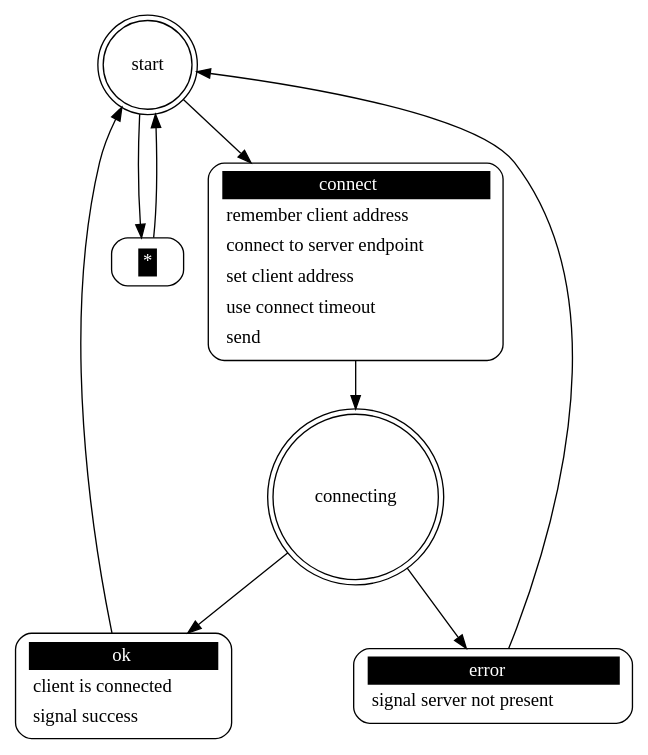
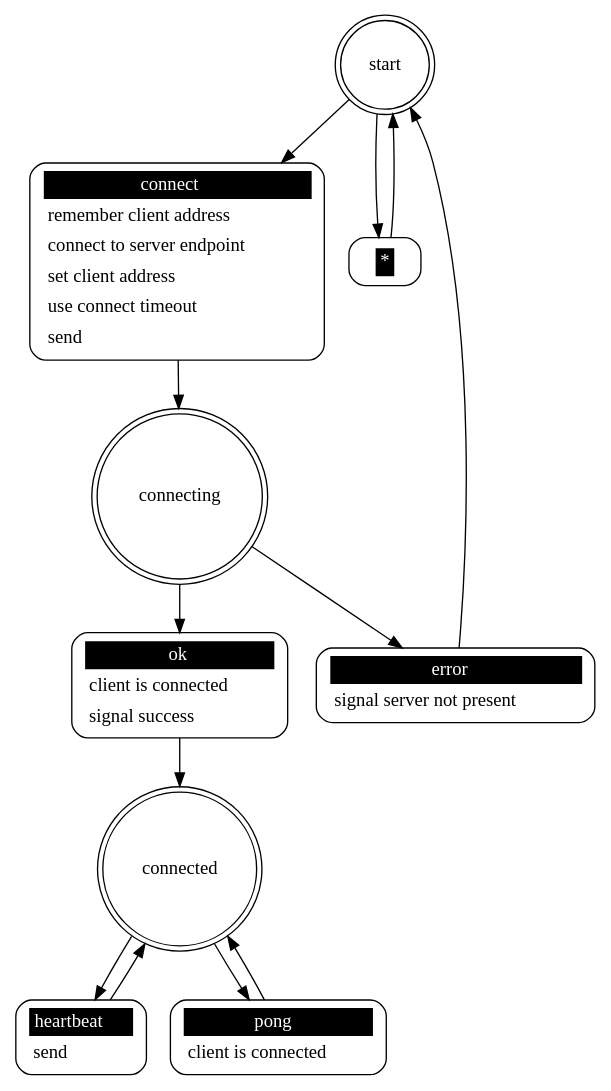
Before and after one commit to eaton-bob/joex: the diagram in src/joex_client.dot, drawn with Graphviz. The commit also changed 3 other files, not shown here.

```diff
--- a/src/joex_client.dot
+++ b/src/joex_client.dot
@@ -1,19 +1,27 @@
 ## Automatically generated from joex_client.xml by gsl
 digraph "joex_client" {
 
  "start" [shape = "doublecircle"];
  "start connect" [shape = "Mrecord" style = solid label = <<table border="0" cellborder="0" cellpadding="3" bgcolor="white"><tr><td bgcolor="black" align="center" colspan="2"><font color="white">connect</font></td></tr><tr><td align="left" port="r3">remember client address</td></tr><tr><td align="left" port="r3">connect to server endpoint</td></tr><tr><td align="left" port="r3">set client address</td></tr><tr><td align="left" port="r3">use connect timeout</td></tr><tr><td align="left" port="r3">send</td></tr></table>>];
  "start" -> "start connect";
  "start connect" -> "connecting";
  "start *" [shape = "Mrecord" style = solid label = <<table border="0" cellborder="0" cellpadding="3" bgcolor="white"><tr><td bgcolor="black" align="center" colspan="2"><font color="white">*</font></td></tr></table>>];
  "start" -> "start *";
  "start *" -> "start";
 
  "connecting" [shape = "doublecircle"];
  "connecting ok" [shape = "Mrecord" style = solid label = <<table border="0" cellborder="0" cellpadding="3" bgcolor="white"><tr><td bgcolor="black" align="center" colspan="2"><font color="white">ok</font></td></tr><tr><td align="left" port="r3">client is connected</td></tr><tr><td align="left" port="r3">signal success</td></tr></table>>];
  "connecting" -> "connecting ok";
- "connecting ok" -> "start";
+ "connecting ok" -> "connected";
  "connecting error" [shape = "Mrecord" style = solid label = <<table border="0" cellborder="0" cellpadding="3" bgcolor="white"><tr><td bgcolor="black" align="center" colspan="2"><font color="white">error</font></td></tr><tr><td align="left" port="r3">signal server not present</td></tr></table>>];
  "connecting" -> "connecting error";
  "connecting error" -> "start";
+
+ "connected" [shape = "doublecircle"];
+ "connected heartbeat" [shape = "Mrecord" style = solid label = <<table border="0" cellborder="0" cellpadding="3" bgcolor="white"><tr><td bgcolor="black" align="center" colspan="2"><font color="white">heartbeat</font></td></tr><tr><td align="left" port="r3">send</td></tr></table>>];
+ "connected" -> "connected heartbeat";
+ "connected heartbeat" -> "connected";
+ "connected pong" [shape = "Mrecord" style = solid label = <<table border="0" cellborder="0" cellpadding="3" bgcolor="white"><tr><td bgcolor="black" align="center" colspan="2"><font color="white">pong</font></td></tr><tr><td align="left" port="r3">client is connected</td></tr></table>>];
+ "connected" -> "connected pong";
+ "connected pong" -> "connected";
 }
```
